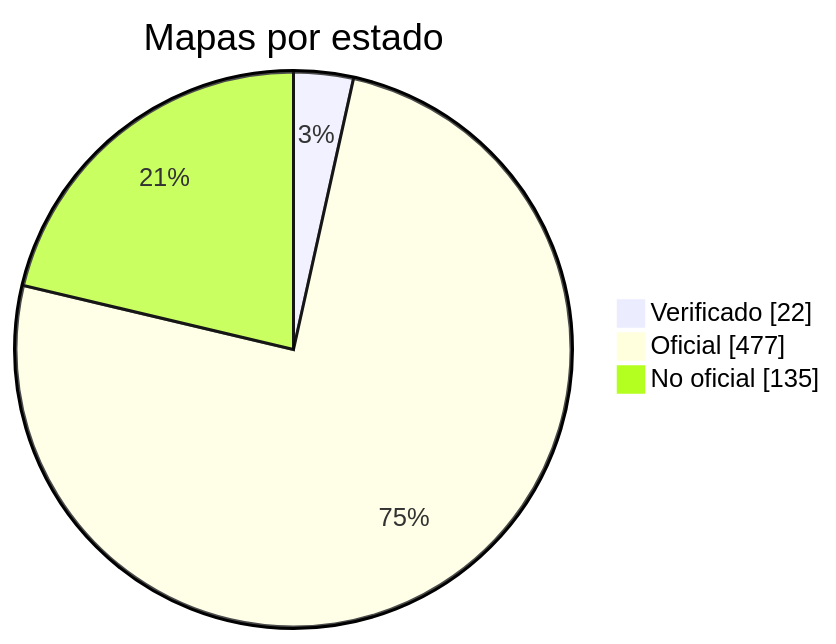
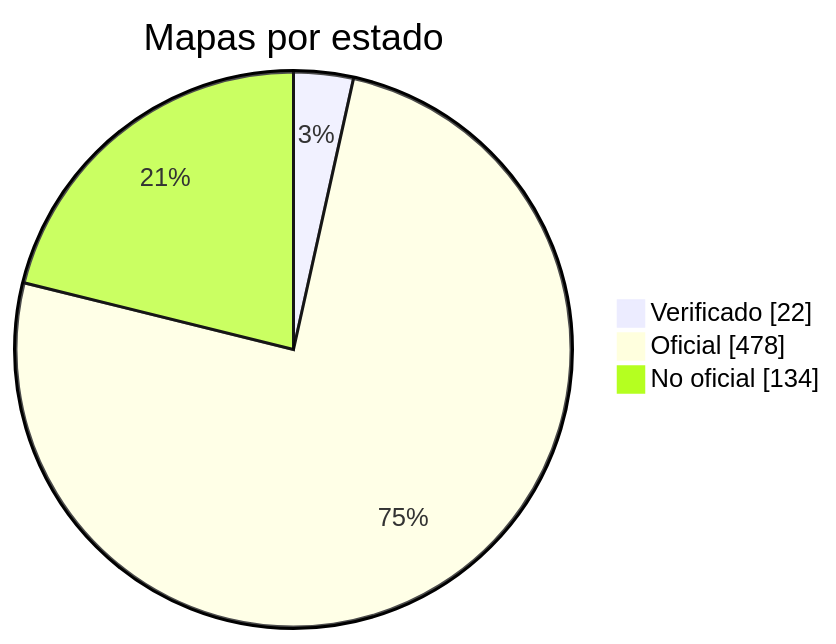
One commit to nobrega8/mbmap-library changed the diagram in docs/readme/README_ES.md. Above: the diagram before and after it, drawn with Mermaid. The commit also changed 6 other files, not shown here.

````diff
--- a/docs/readme/README_ES.md
+++ b/docs/readme/README_ES.md
@@ -54,7 +54,7 @@
 ```mermaid
 pie showData
     title Mapas por estado
     "Verificado" : 22
-    "Oficial" : 477
-    "No oficial" : 135
+    "Oficial" : 478
+    "No oficial" : 134
 ```
````
